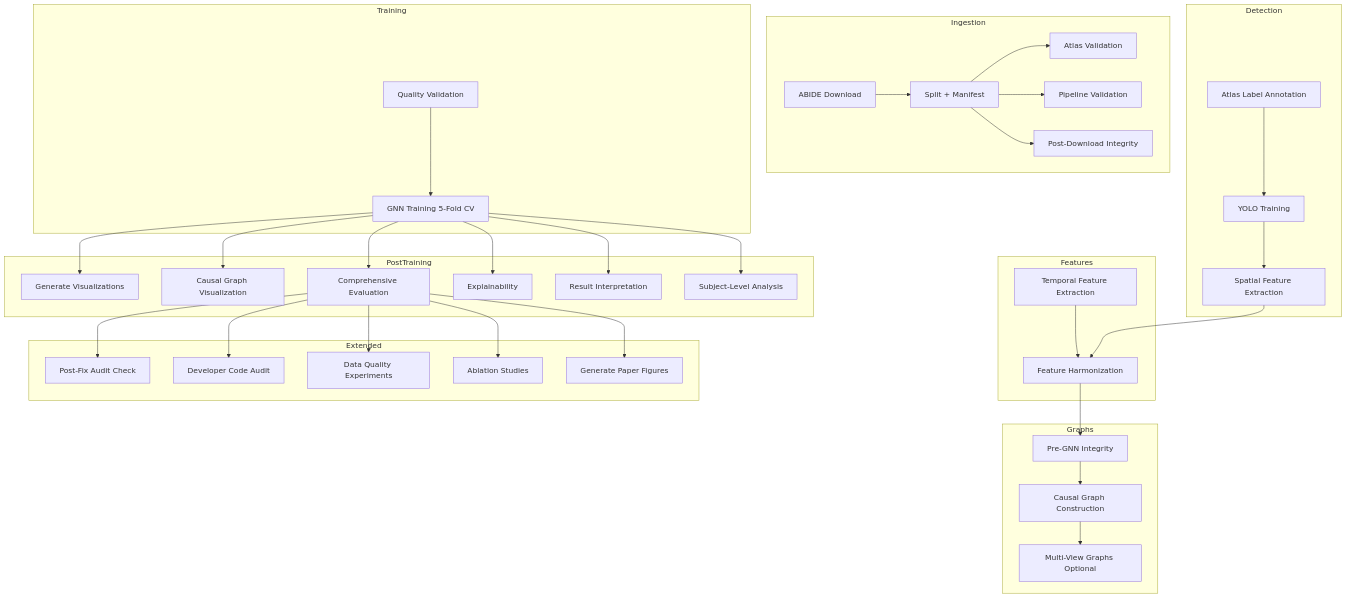
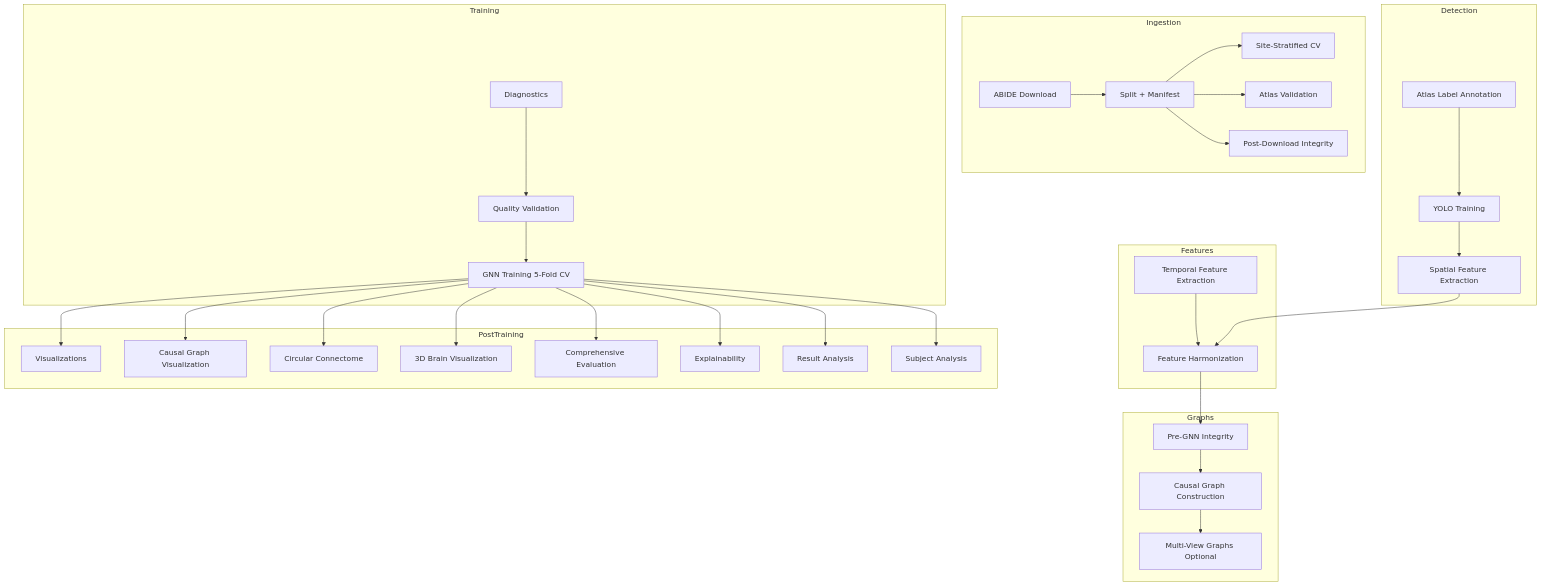
One commit to Nidszxh/Neuro-CXG changed the diagram in docs/architecture.md. Above: the diagram before and after it, drawn with Mermaid. The commit also changed other lines of this file and 20 other files, not shown here.

````diff
--- a/docs/architecture.md
+++ b/docs/architecture.md
@@ -9,42 +9,37 @@
 ```mermaid
 flowchart TD
     subgraph Ingestion
         A1[ABIDE Download] --> A2[Split + Manifest]
-        A2 --> A3[Atlas Validation]
-        A2 --> A4[Pipeline Validation]
+        A2 --> A3[Site-Stratified CV]
+        A2 --> A4[Atlas Validation]
         A2 --> A5[Post-Download Integrity]
     end
     subgraph Detection
         B1[Atlas Label Annotation] --> B2[YOLO Training]
         B2 --> B3[Spatial Feature Extraction]
     end
     subgraph Features
         C1[Temporal Feature Extraction] --> C2[Feature Harmonization]
         B3 --> C2
     end
     subgraph Graphs
         D1[Pre-GNN Integrity] --> D2[Causal Graph Construction]
         D2 --> D3[Multi-View Graphs Optional]
     end
     subgraph Training
-        E1[Quality Validation] --> E2[GNN Training 5-Fold CV]
+        E1[Diagnostics] --> E2[Quality Validation]
+        E2 --> E3[GNN Training 5-Fold CV]
     end
     subgraph PostTraining
-        F1[Generate Visualizations]
+        F1[Visualizations]
         F2[Causal Graph Visualization]
-        F3[Comprehensive Evaluation]
-        F4[Explainability]
-        F5[Result Interpretation]
-        F6[Subject-Level Analysis]
-    end
-    subgraph Extended
-        G1[Post-Fix Audit Check]
-        G2[Developer Code Audit]
-        G3[Data Quality Experiments]
-        G4[Ablation Studies]
-        G5[Generate Paper Figures]
+        F3[Circular Connectome]
+        F4[3D Brain Visualization]
+        F5[Comprehensive Evaluation]
+        F6[Explainability]
+        F7[Result Analysis]
+        F8[Subject Analysis]
     end
     C2 --> D1
-    E2 --> F1 & F2 & F3 & F4 & F5 & F6
-    F3 --> G1 & G2 & G3 & G4 & G5
+    E3 --> F1 & F2 & F3 & F4 & F5 & F6 & F7 & F8
 ```
````
